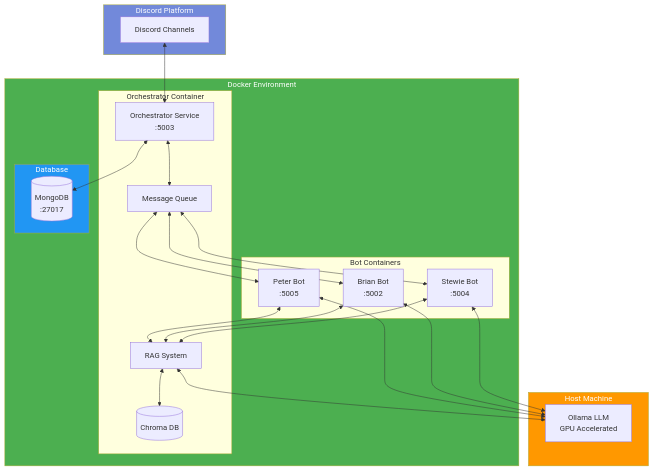
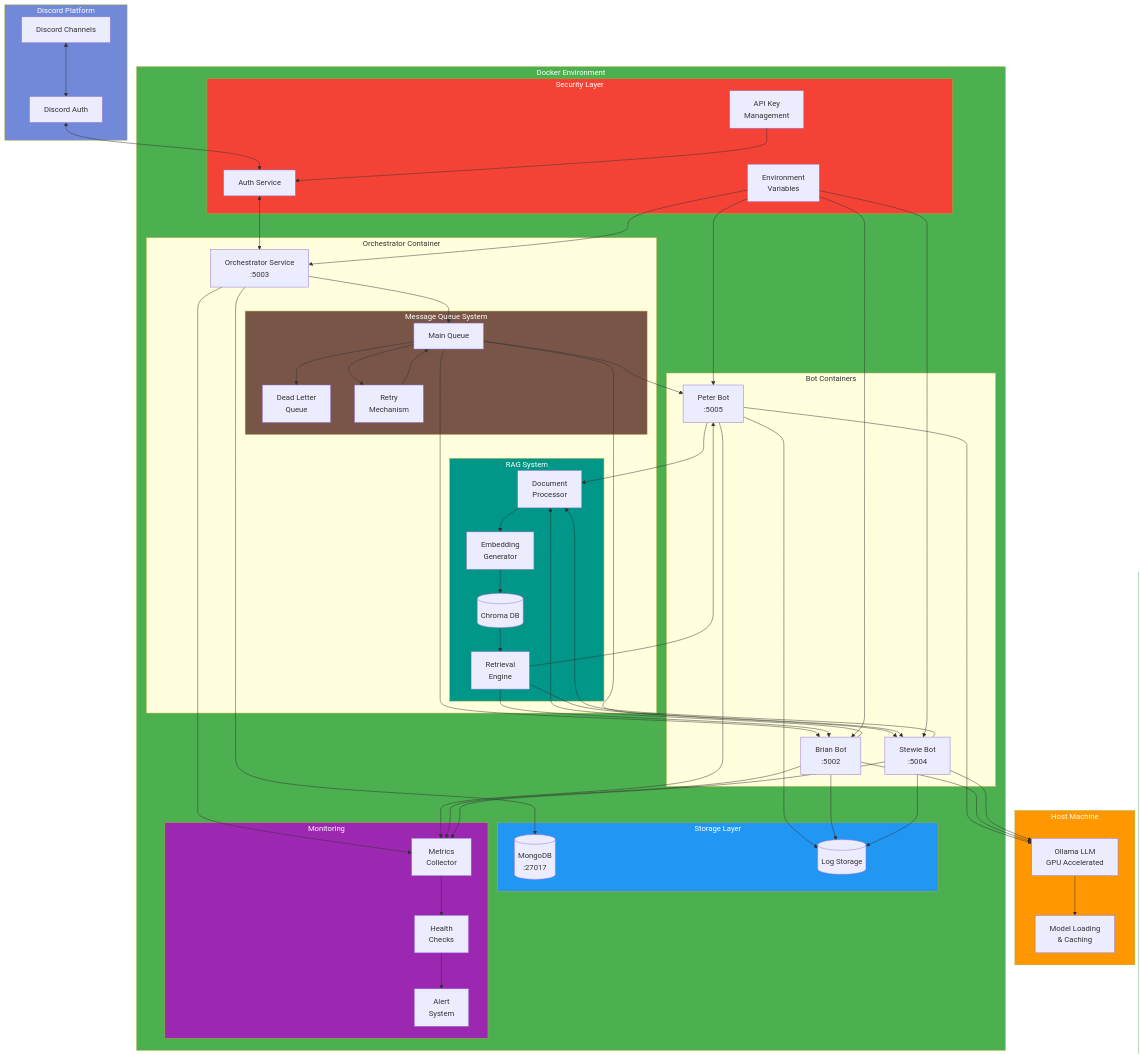
One commit to DapeSec/Discord-PG-Bot changed the diagram in README.md. Above: the diagram before and after it, drawn with Mermaid.

Commit message:
Enhance README to include detailed architecture diagram reflecting the updated system components, including security, storage, and monitoring layers. Introduce new elements such as Discord authentication, model loading, and a refined message queue system. Update relationships between components to clarify interactions and improve overall documentation clarity.

````diff
--- a/README.md
+++ b/README.md
@@ -20,18 +20,36 @@
 graph TD
     subgraph Discord["Discord Platform"]
         DC[Discord Channels]
+        DAuth[Discord Auth]
     end
 
     subgraph Host["Host Machine"]
         OL[Ollama LLM<br>GPU Accelerated]
+        ML[Model Loading<br>& Caching]
     end
 
     subgraph Docker["Docker Environment"]
+        subgraph Security["Security Layer"]
+            Env[Environment<br>Variables]
+            Auth[Auth Service]
+            Keys[API Key<br>Management]
+        end
+
         subgraph Orchestrator["Orchestrator Container"]
             OS[Orchestrator Service<br>:5003]
-            Q[Message Queue]
-            RAG[RAG System]
-            VDB[(Chroma DB)]
+            
+            subgraph Queue["Message Queue System"]
+                Q[Main Queue]
+                DLQ[Dead Letter<br>Queue]
+                Retry[Retry<br>Mechanism]
+            end
+            
+            subgraph RAG["RAG System"]
+                Doc[Document<br>Processor]
+                Emb[Embedding<br>Generator]
+                Ret[Retrieval<br>Engine]
+                VDB[(Chroma DB)]
+            end
         end
 
         subgraph Bots["Bot Containers"]
@@ -40,28 +58,56 @@
             SB[Stewie Bot<br>:5004]
         end
 
-        subgraph DB["Database"]
+        subgraph Storage["Storage Layer"]
             MDB[(MongoDB<br>:27017)]
+            Log[(Log Storage)]
+        end
+
+        subgraph Monitor["Monitoring"]
+            Met[Metrics<br>Collector]
+            Health[Health<br>Checks]
+            Alert[Alert<br>System]
         end
     end
 
-    DC <--> OS
-    OS <--> Q
-    OS <--> MDB
-    Q <--> PB
-    Q <--> BB
-    Q <--> SB
-    PB <--> RAG
-    BB <--> RAG
-    SB <--> RAG
-    RAG <--> VDB
-    RAG <--> OL
-    PB <--> OL
-    BB <--> OL
-    SB <--> OL
+    DC <--> DAuth
+    DAuth <--> Auth
+    Auth <--> OS
+    
+    OS --> Q
+    Q --> Retry
+    Retry --> Q
+    Q --> DLQ
+    
+    Q --> PB
+    Q --> BB
+    Q --> SB
+    
+    PB & BB & SB --> Doc
+    Doc --> Emb
+    Emb --> VDB
+    VDB --> Ret
+    Ret --> PB & BB & SB
+    
+    PB & BB & SB --> OL
+    OL --> ML
+    
+    OS --> MDB
+    PB & BB & SB --> Log
+    
+    OS & PB & BB & SB --> Met
+    Met --> Health
+    Health --> Alert
+    
+    Env --> OS & PB & BB & SB
+    Keys --> Auth
 
     style Discord fill:#7289DA,color:white
     style Docker fill:#4CAF50,color:white
     style Host fill:#FF9800,color:white
-    style DB fill:#2196F3,color:white
+    style Storage fill:#2196F3,color:white
+    style Security fill:#F44336,color:white
+    style Monitor fill:#9C27B0,color:white
+    style Queue fill:#795548,color:white
+    style RAG fill:#009688,color:white
 ```
````
